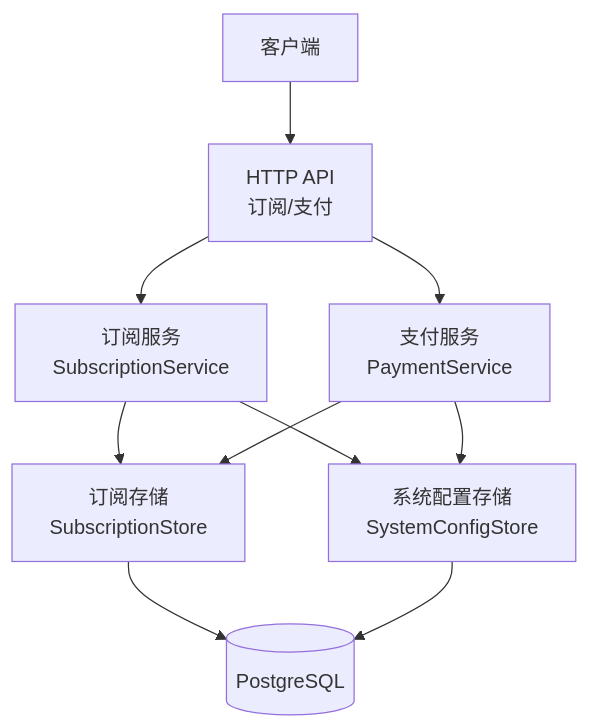
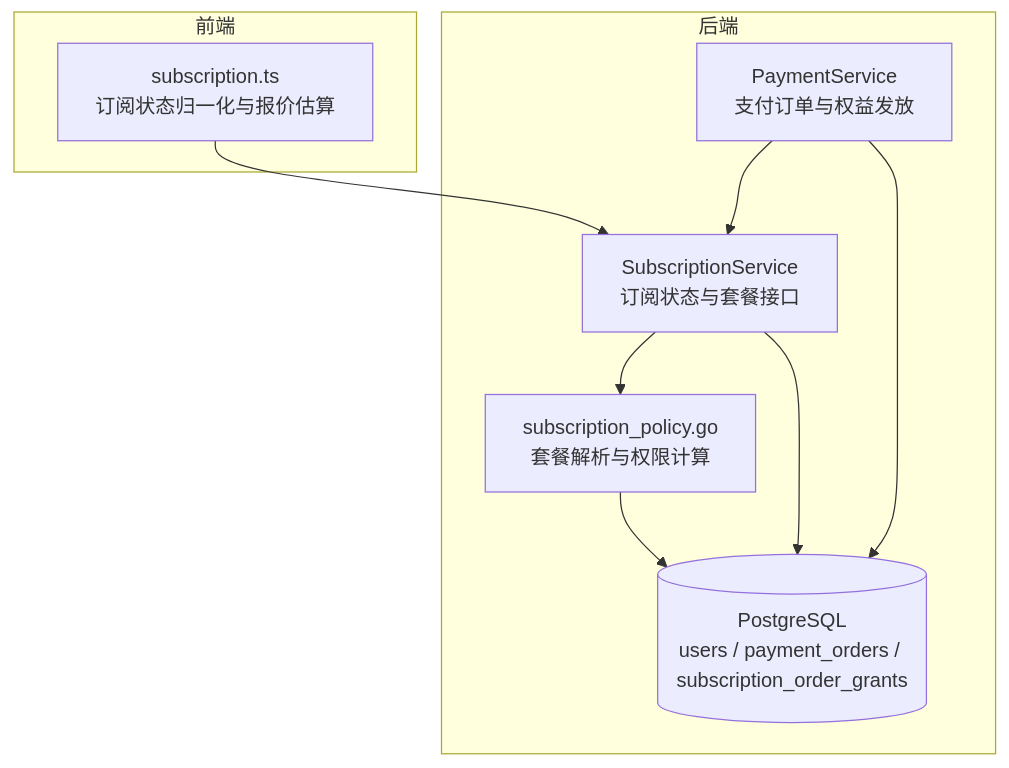
The first of 9 diagrams in .qoder/repowiki/zh/content/云端后端服务/支付订阅系统/订阅策略管理.md (alvinwangzi/goodhr), drawn with Mermaid before and after one commit. The commit also changed other lines of this file and 149 other files, not shown here.

````diff
--- a/.qoder/repowiki/zh/content/云端后端服务/支付订阅系统/订阅策略管理.md
+++ b/.qoder/repowiki/zh/content/云端后端服务/支付订阅系统/订阅策略管理.md
@@ -38,12 +36,18 @@
 ```mermaid
 graph TB
-Client["客户端"] --> API["HTTP API<br/>订阅/支付"]
-API --> SubSvc["订阅服务<br/>SubscriptionService"]
-API --> PaySvc["支付服务<br/>PaymentService"]
-SubSvc --> Store["订阅存储<br/>SubscriptionStore"]
-PaySvc --> Store
-SubSvc --> SysCfg["系统配置存储<br/>SystemConfigStore"]
-PaySvc --> SysCfg
-Store --> DB[("PostgreSQL")]
-SysCfg --> DB
+subgraph "后端"
+Svc["SubscriptionService<br/>订阅状态与套餐接口"]
+Pol["subscription_policy.go<br/>套餐解析与权限计算"]
+Pay["PaymentService<br/>支付订单与权益发放"]
+DB[("PostgreSQL<br/>users / payment_orders / subscription_order_grants")]
+end
+subgraph "前端"
+FE["subscription.ts<br/>订阅状态归一化与报价估算"]
+end
+FE --> Svc
+Svc --> Pol
+Pay --> Svc
+Pay --> DB
+Svc --> DB
+Pol --> DB
 ```
````
